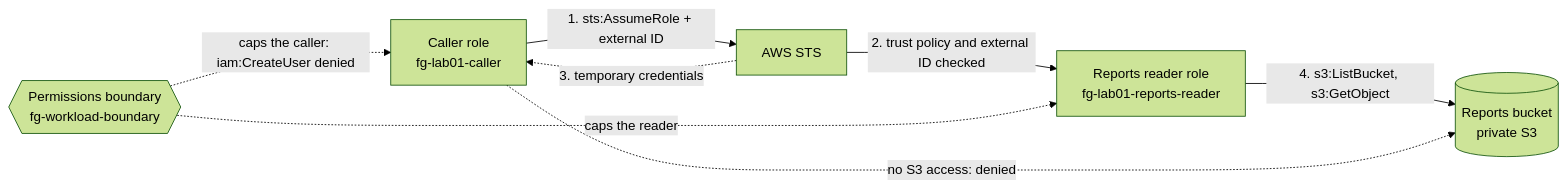
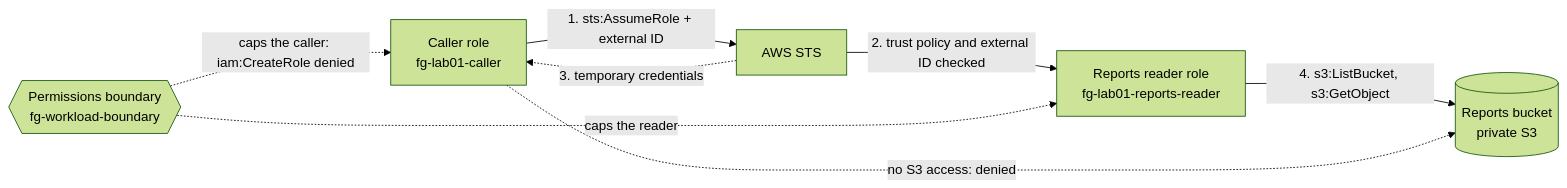
One commit to DavidSanSan110/saa-c03-field-guide changed the diagram in labs/01-iam-assume-role/README.md. Above: the diagram before and after it, drawn with Mermaid (forest theme). The commit also changed other lines of this file and 3 other files, not shown here.

First line of the commit message:
fix(labs): demonstrate the lab 01 boundary with iam:CreateRole

````diff
--- a/labs/01-iam-assume-role/README.md
+++ b/labs/01-iam-assume-role/README.md
@@ -28,10 +29,10 @@
 ```mermaid
 flowchart LR
   caller["Caller role<br/>fg-lab01-caller"] -->|"1. sts:AssumeRole + external ID"| sts["AWS STS"]
   sts -->|"2. trust policy and external ID checked"| reader["Reports reader role<br/>fg-lab01-reports-reader"]
   sts -.->|"3. temporary credentials"| caller
   reader -->|"4. s3:ListBucket, s3:GetObject"| bucket[("Reports bucket<br/>private S3")]
   caller -.->|"no S3 access: denied"| bucket
-  boundary{{"Permissions boundary<br/>fg-workload-boundary"}} -.->|"caps the caller: iam:CreateUser denied"| caller
+  boundary{{"Permissions boundary<br/>fg-workload-boundary"}} -.->|"caps the caller: iam:CreateRole denied"| caller
   boundary -.->|"caps the reader"| reader
 ```
````
